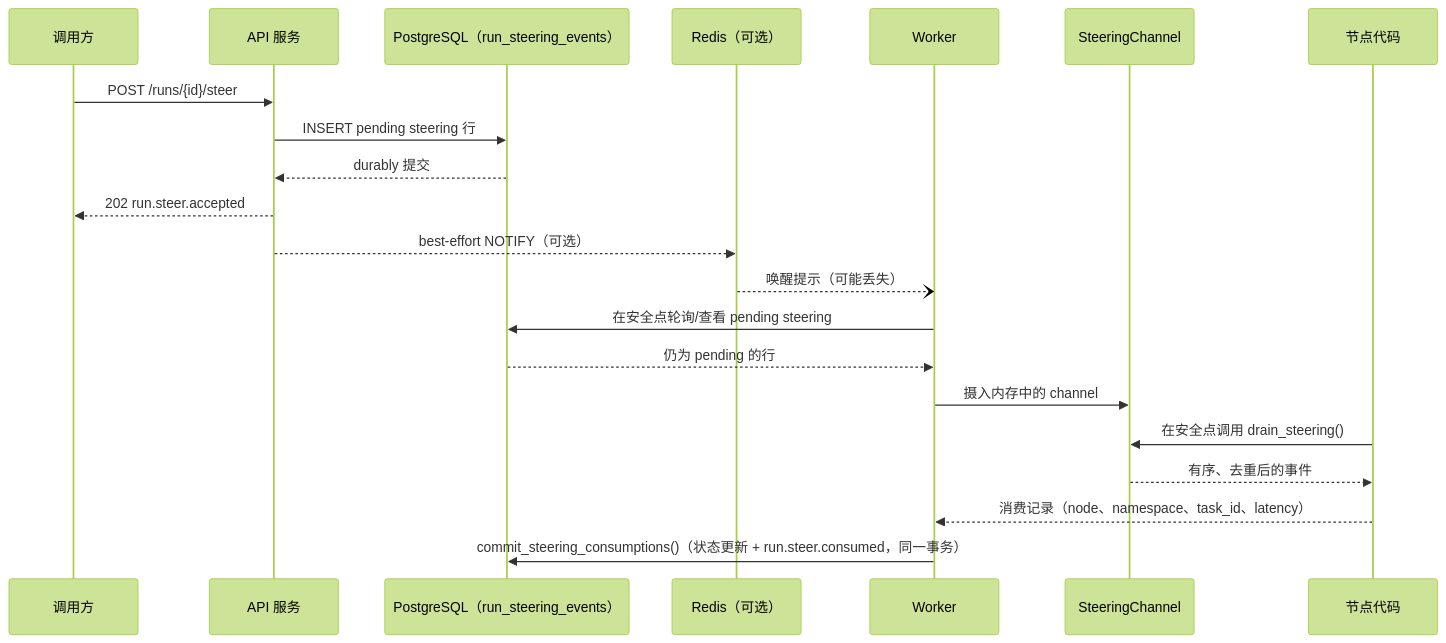
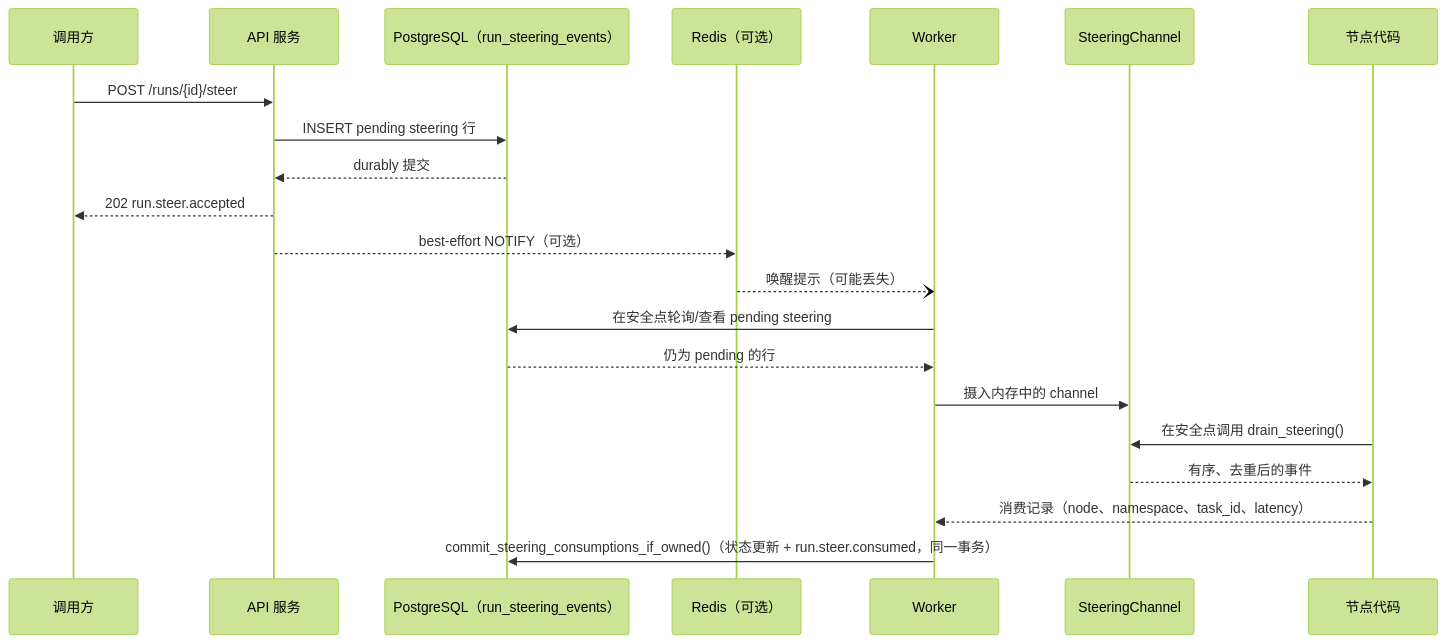
Before and after one commit to LingXi-Org/LingxiGraph: the diagram in Wiki/content/docs/zh/concepts/steering.mdx, drawn with Mermaid (forest theme). The commit also changed other lines of this file and 11 other files, not shown here.

First line of the commit message:
Fix review round 8 blockers: seal+supersede steering finalization, cancel-wins retry event, run.steer.superseded

````diff
--- a/Wiki/content/docs/zh/concepts/steering.mdx
+++ b/Wiki/content/docs/zh/concepts/steering.mdx
@@ -41,24 +41,24 @@
 ```mermaid
 sequenceDiagram
   participant C as 调用方
   participant API as API 服务
   participant PG as PostgreSQL（run_steering_events）
   participant R as Redis（可选）
   participant W as Worker
   participant Ch as SteeringChannel
   participant N as 节点代码
 
   C->>API: POST /runs/{id}/steer
   API->>PG: INSERT pending steering 行
   PG-->>API: durably 提交
   API-->>C: 202 run.steer.accepted
   API-->>R: best-effort NOTIFY（可选）
   R--)W: 唤醒提示（可能丢失）
   W->>PG: 在安全点轮询/查看 pending steering
   PG-->>W: 仍为 pending 的行
   W->>Ch: 摄入内存中的 channel
   N->>Ch: 在安全点调用 drain_steering()
   Ch-->>N: 有序、去重后的事件
   N-->>W: 消费记录（node、namespace、task_id、latency）
-  W->>PG: commit_steering_consumptions()（状态更新 + run.steer.consumed，同一事务）
+  W->>PG: commit_steering_consumptions_if_owned()（状态更新 + run.steer.consumed，同一事务）
 ```
````
